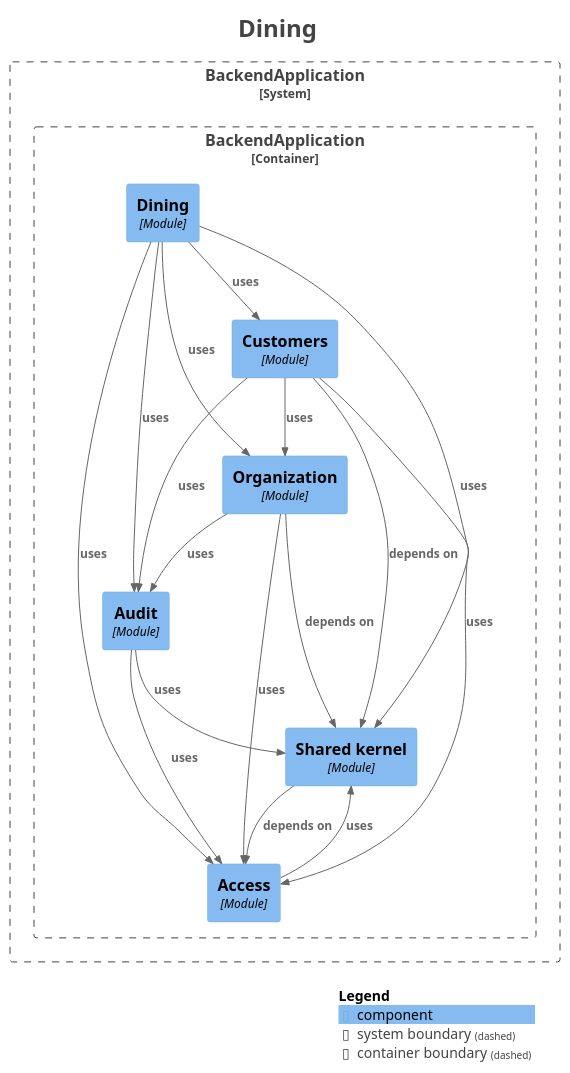
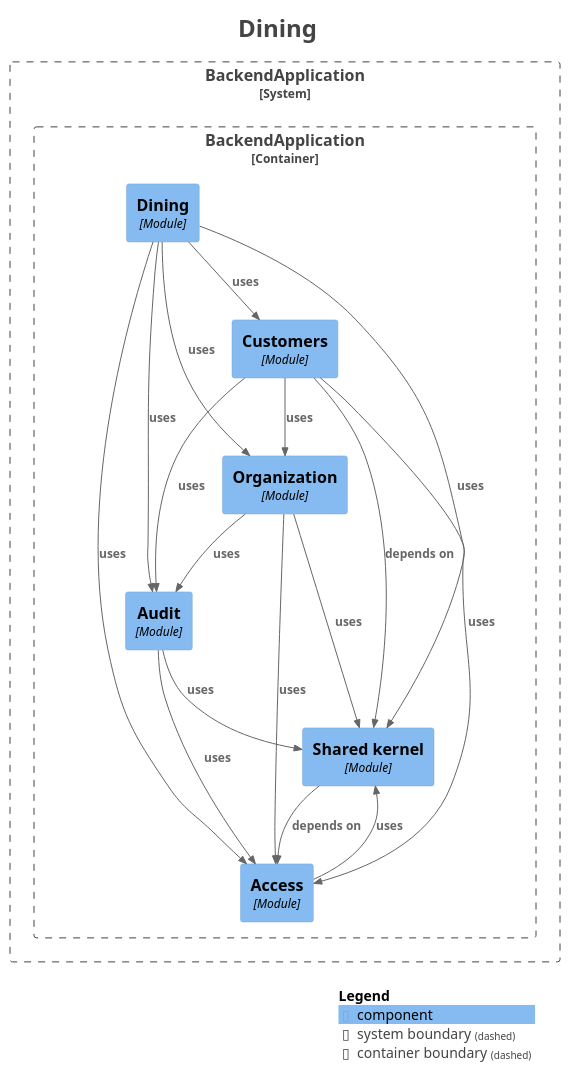
One commit to fxavier/restaurantePRO changed the diagram in docs/architecture/modules/module-dining.puml. Above: the diagram before and after it, drawn with PlantUML. The commit also changed 34 other files, not shown here.

```diff
--- a/docs/architecture/modules/module-dining.puml
+++ b/docs/architecture/modules/module-dining.puml
@@ -1,49 +1,49 @@
 @startuml
 title <size:24>Dining</size>
 
 set separator none
 top to bottom direction
 
 <style>
   root {
     BackgroundColor: #ffffff
     FontColor: #444444
   }
 </style>
 
 !include <C4/C4>
 !include <C4/C4_Context>
 !include <C4/C4_Component>
 
 System_Boundary("BackendApplication_boundary", "BackendApplication", $tags="") {
   Container_Boundary("BackendApplication.BackendApplication_boundary", "BackendApplication", $tags="") {
     Component(BackendApplication.BackendApplication.Organization, "Organization", $techn="Module", $descr="", $tags="", $link="")
     Component(BackendApplication.BackendApplication.Sharedkernel, "Shared kernel", $techn="Module", $descr="", $tags="", $link="")
     Component(BackendApplication.BackendApplication.Access, "Access", $techn="Module", $descr="", $tags="", $link="")
     Component(BackendApplication.BackendApplication.Audit, "Audit", $techn="Module", $descr="", $tags="", $link="")
     Component(BackendApplication.BackendApplication.Customers, "Customers", $techn="Module", $descr="", $tags="", $link="")
     Component(BackendApplication.BackendApplication.Dining, "Dining", $techn="Module", $descr="", $tags="", $link="")
   }
 
 }
 
+Rel(BackendApplication.BackendApplication.Audit, BackendApplication.BackendApplication.Access, "uses", $techn="", $tags="", $link="")
+Rel(BackendApplication.BackendApplication.Audit, BackendApplication.BackendApplication.Sharedkernel, "uses", $techn="", $tags="", $link="")
+Rel(BackendApplication.BackendApplication.Customers, BackendApplication.BackendApplication.Sharedkernel, "depends on", $techn="", $tags="", $link="")
+Rel(BackendApplication.BackendApplication.Customers, BackendApplication.BackendApplication.Access, "uses", $techn="", $tags="", $link="")
+Rel(BackendApplication.BackendApplication.Customers, BackendApplication.BackendApplication.Organization, "uses", $techn="", $tags="", $link="")
+Rel(BackendApplication.BackendApplication.Customers, BackendApplication.BackendApplication.Audit, "uses", $techn="", $tags="", $link="")
+Rel(BackendApplication.BackendApplication.Access, BackendApplication.BackendApplication.Sharedkernel, "uses", $techn="", $tags="", $link="")
 Rel(BackendApplication.BackendApplication.Dining, BackendApplication.BackendApplication.Access, "uses", $techn="", $tags="", $link="")
 Rel(BackendApplication.BackendApplication.Dining, BackendApplication.BackendApplication.Sharedkernel, "uses", $techn="", $tags="", $link="")
 Rel(BackendApplication.BackendApplication.Dining, BackendApplication.BackendApplication.Audit, "uses", $techn="", $tags="", $link="")
 Rel(BackendApplication.BackendApplication.Dining, BackendApplication.BackendApplication.Organization, "uses", $techn="", $tags="", $link="")
 Rel(BackendApplication.BackendApplication.Dining, BackendApplication.BackendApplication.Customers, "uses", $techn="", $tags="", $link="")
 Rel(BackendApplication.BackendApplication.Sharedkernel, BackendApplication.BackendApplication.Access, "depends on", $techn="", $tags="", $link="")
-Rel(BackendApplication.BackendApplication.Organization, BackendApplication.BackendApplication.Sharedkernel, "depends on", $techn="", $tags="", $link="")
+Rel(BackendApplication.BackendApplication.Organization, BackendApplication.BackendApplication.Sharedkernel, "uses", $techn="", $tags="", $link="")
 Rel(BackendApplication.BackendApplication.Organization, BackendApplication.BackendApplication.Audit, "uses", $techn="", $tags="", $link="")
 Rel(BackendApplication.BackendApplication.Organization, BackendApplication.BackendApplication.Access, "uses", $techn="", $tags="", $link="")
-Rel(BackendApplication.BackendApplication.Access, BackendApplication.BackendApplication.Sharedkernel, "uses", $techn="", $tags="", $link="")
-Rel(BackendApplication.BackendApplication.Customers, BackendApplication.BackendApplication.Sharedkernel, "depends on", $techn="", $tags="", $link="")
-Rel(BackendApplication.BackendApplication.Customers, BackendApplication.BackendApplication.Access, "uses", $techn="", $tags="", $link="")
-Rel(BackendApplication.BackendApplication.Customers, BackendApplication.BackendApplication.Organization, "uses", $techn="", $tags="", $link="")
-Rel(BackendApplication.BackendApplication.Customers, BackendApplication.BackendApplication.Audit, "uses", $techn="", $tags="", $link="")
-Rel(BackendApplication.BackendApplication.Audit, BackendApplication.BackendApplication.Access, "uses", $techn="", $tags="", $link="")
-Rel(BackendApplication.BackendApplication.Audit, BackendApplication.BackendApplication.Sharedkernel, "uses", $techn="", $tags="", $link="")
 
 SHOW_LEGEND(true)
 hide stereotypes
 @enduml
```
